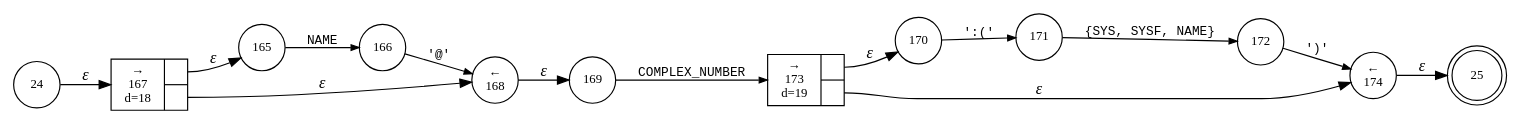
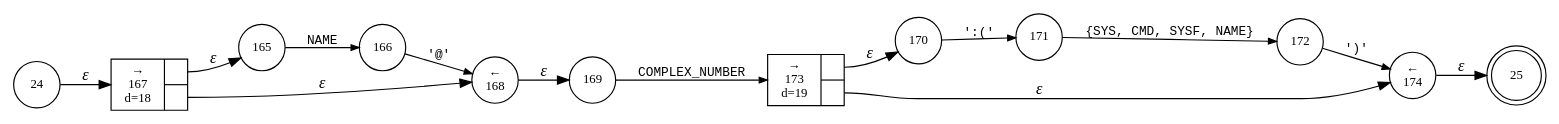
The diagram in internal/parser/Bund.complex_term.dot (vulogov/Bund2), drawn with Graphviz before and after one commit. The commit also changed 24 other files, not shown here.

```diff
--- a/internal/parser/Bund.complex_term.dot
+++ b/internal/parser/Bund.complex_term.dot
@@ -1,28 +1,28 @@
 digraph ATN {
 rankdir=LR;
 s25[fontsize=11, label="25", shape=doublecircle, fixedsize=true, width=.6];
 s165[fontsize=11,label="165", shape=circle, fixedsize=true, width=.55, peripheries=1];
 s166[fontsize=11,label="166", shape=circle, fixedsize=true, width=.55, peripheries=1];
 s167[fontsize=11,label="{&rarr;\n167\nd=18|{<p0>|<p1>}}", shape=record, fixedsize=false, peripheries=1];
 s24[fontsize=11,label="24", shape=circle, fixedsize=true, width=.55, peripheries=1];
 s168[fontsize=11,label="&larr;\n168", shape=circle, fixedsize=true, width=.55, peripheries=1];
 s169[fontsize=11,label="169", shape=circle, fixedsize=true, width=.55, peripheries=1];
 s170[fontsize=11,label="170", shape=circle, fixedsize=true, width=.55, peripheries=1];
 s171[fontsize=11,label="171", shape=circle, fixedsize=true, width=.55, peripheries=1];
 s172[fontsize=11,label="172", shape=circle, fixedsize=true, width=.55, peripheries=1];
 s173[fontsize=11,label="{&rarr;\n173\nd=19|{<p0>|<p1>}}", shape=record, fixedsize=false, peripheries=1];
 s174[fontsize=11,label="&larr;\n174", shape=circle, fixedsize=true, width=.55, peripheries=1];
 s24 -> s167 [fontname="Times-Italic", label="&epsilon;"];
 s167:p0 -> s165 [fontname="Times-Italic", label="&epsilon;"];
 s167:p1 -> s168 [fontname="Times-Italic", label="&epsilon;"];
 s165 -> s166 [fontsize=11, fontname="Courier", arrowsize=.7, label = "NAME", arrowhead = normal];
 s168 -> s169 [fontname="Times-Italic", label="&epsilon;"];
 s166 -> s168 [fontsize=11, fontname="Courier", arrowsize=.7, label = "'@'", arrowhead = normal];
 s169 -> s173 [fontsize=11, fontname="Courier", arrowsize=.7, label = "COMPLEX_NUMBER", arrowhead = normal];
 s173:p0 -> s170 [fontname="Times-Italic", label="&epsilon;"];
 s173:p1 -> s174 [fontname="Times-Italic", label="&epsilon;"];
 s170 -> s171 [fontsize=11, fontname="Courier", arrowsize=.7, label = "':('", arrowhead = normal];
 s174 -> s25 [fontname="Times-Italic", label="&epsilon;"];
-s171 -> s172 [fontsize=11, fontname="Courier", arrowsize=.7, label = "{SYS, SYSF, NAME}", arrowhead = normal];
+s171 -> s172 [fontsize=11, fontname="Courier", arrowsize=.7, label = "{SYS, CMD, SYSF, NAME}", arrowhead = normal];
 s172 -> s174 [fontsize=11, fontname="Courier", arrowsize=.7, label = "')'", arrowhead = normal];
 }
```
